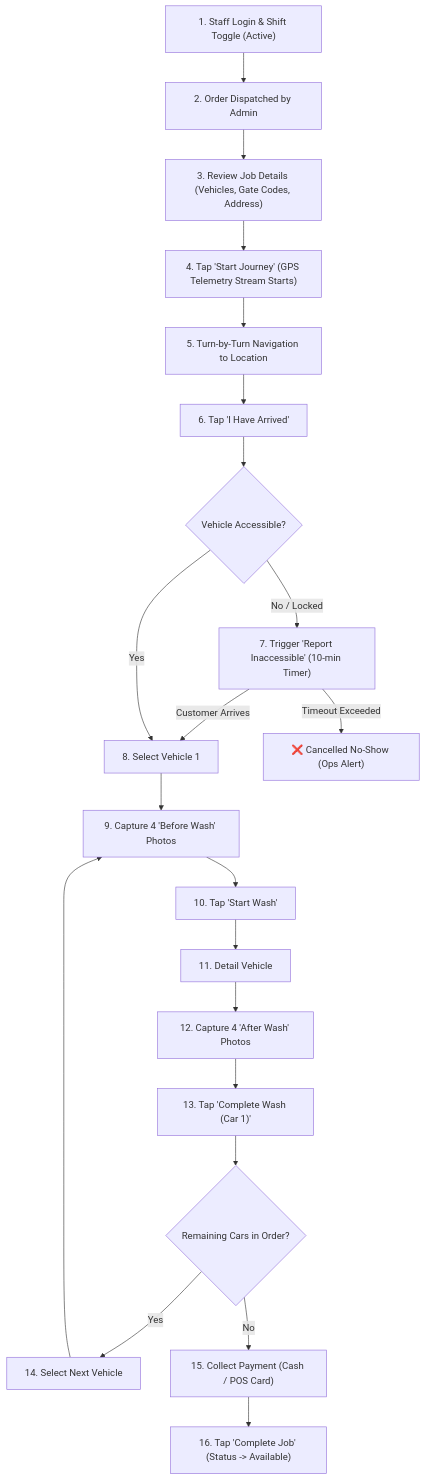
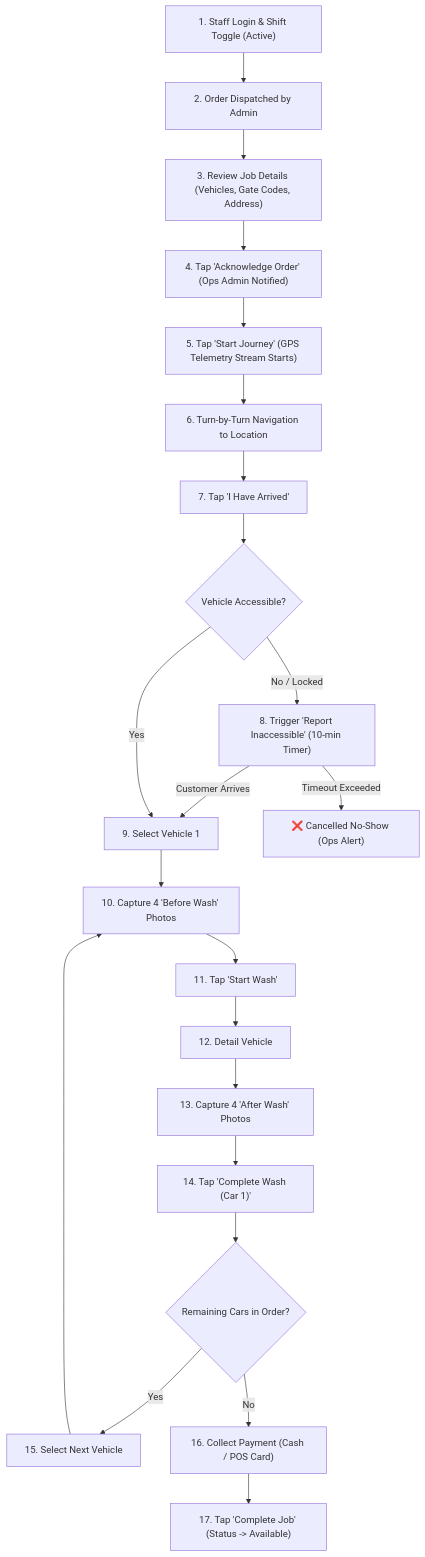
Before and after one commit to fsdevriver/800-doc: the diagram in docs/flows/specialist-flow.md, drawn with Mermaid. The commit also changed 3 other files, not shown here.

Commit message:
feat: add specialist Order Acknowledgment step and real-time admin alert event

````diff
--- a/docs/flows/specialist-flow.md
+++ b/docs/flows/specialist-flow.md
@@ -9,28 +9,29 @@
 ```mermaid
 graph TD
     A["1. Staff Login & Shift Toggle (Active)"] --> B["2. Order Dispatched by Admin"]
     B --> C["3. Review Job Details (Vehicles, Gate Codes, Address)"]
-    C --> D["4. Tap 'Start Journey' (GPS Telemetry Stream Starts)"]
+    C --> D["4. Tap 'Acknowledge Order' (Ops Admin Notified)"]
+    D --> E["5. Tap 'Start Journey' (GPS Telemetry Stream Starts)"]
     
-    D --> E["5. Turn-by-Turn Navigation to Location"]
-    E --> F["6. Tap 'I Have Arrived'"]
+    E --> F["6. Turn-by-Turn Navigation to Location"]
+    F --> G["7. Tap 'I Have Arrived'"]
     
-    F --> G{"Vehicle Accessible?"}
-    G -->|No / Locked| H["7. Trigger 'Report Inaccessible' (10-min Timer)"]
-    H -->|Customer Arrives| I["8. Select Vehicle 1"]
-    H -->|Timeout Exceeded| J["❌ Cancelled No-Show (Ops Alert)"]
+    G --> H{"Vehicle Accessible?"}
+    H -->|No / Locked| I["8. Trigger 'Report Inaccessible' (10-min Timer)"]
+    I -->|Customer Arrives| J["9. Select Vehicle 1"]
+    I -->|Timeout Exceeded| K["❌ Cancelled No-Show (Ops Alert)"]
     
-    G -->|Yes| I
-    I --> K["9. Capture 4 'Before Wash' Photos"]
-    K --> L["10. Tap 'Start Wash'"]
-    L --> M["11. Detail Vehicle"]
-    M --> N["12. Capture 4 'After Wash' Photos"]
-    N --> O["13. Tap 'Complete Wash (Car 1)'"]
+    H -->|Yes| J
+    J --> L["10. Capture 4 'Before Wash' Photos"]
+    L --> M["11. Tap 'Start Wash'"]
+    M --> N["12. Detail Vehicle"]
+    N --> O["13. Capture 4 'After Wash' Photos"]
+    O --> P["14. Tap 'Complete Wash (Car 1)'"]
     
-    O --> P{"Remaining Cars in Order?"}
-    P -->|Yes| Q["14. Select Next Vehicle"]
-    Q --> K
+    P --> Q{"Remaining Cars in Order?"}
+    Q -->|Yes| R["15. Select Next Vehicle"]
+    R --> L
     
-    P -->|No| R["15. Collect Payment (Cash / POS Card)"]
-    R --> S["16. Tap 'Complete Job' (Status -> Available)"]
+    Q -->|No| S["16. Collect Payment (Cash / POS Card)"]
+    S --> T["17. Tap 'Complete Job' (Status -> Available)"]
 ```
````
